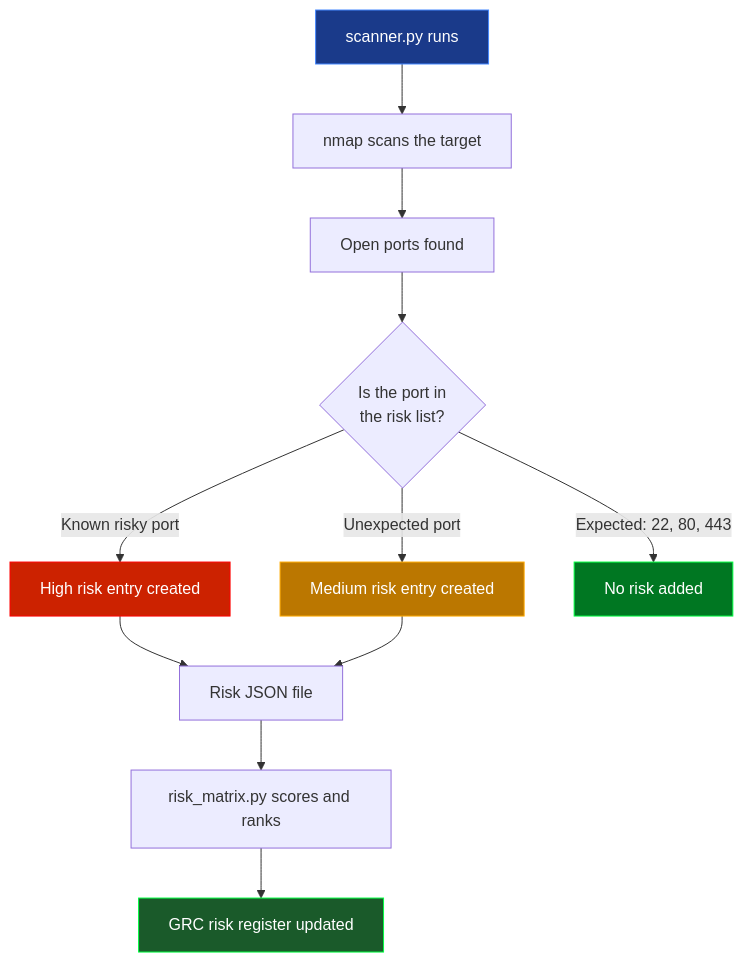
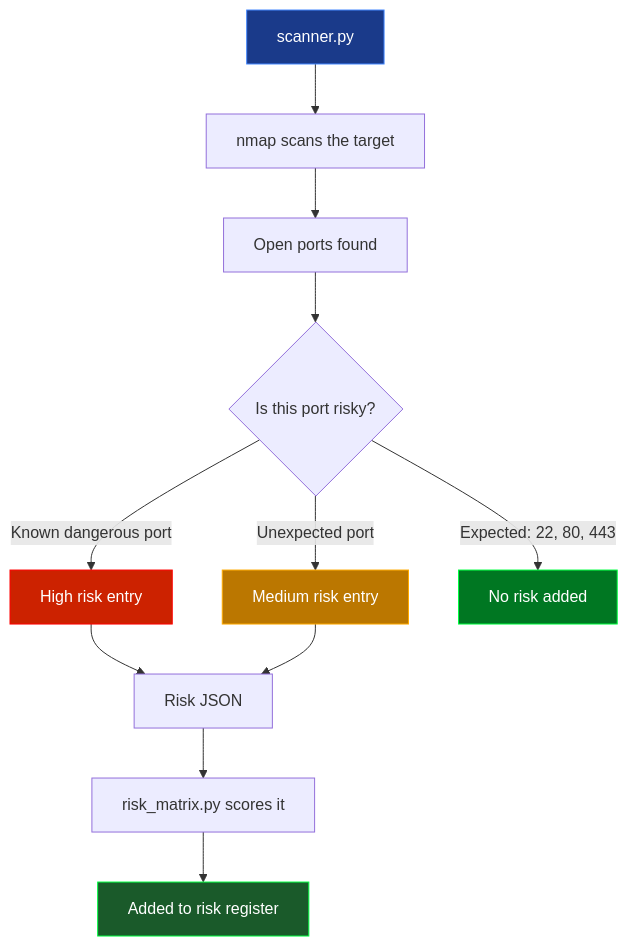
One commit to Speed-boo3/grc-project changed the third of 5 diagrams in README.md. Above: the diagram before and after it, drawn with Mermaid. The commit also changed other lines of this file, not shown here.

````diff
--- a/README.md
+++ b/README.md
@@ -188,18 +111,18 @@
 ```mermaid
 flowchart TD
-    A[scanner.py runs] --> B[nmap scans the target]
+    A[scanner.py] --> B[nmap scans the target]
     B --> C[Open ports found]
-    C --> D{Is the port in\nthe risk list?}
-    D -->|Known risky port| E[High risk entry created]
-    D -->|Unexpected port| F[Medium risk entry created]
+    C --> D{Is this port risky?}
+    D -->|Known dangerous port| E[High risk entry]
+    D -->|Unexpected port| F[Medium risk entry]
     D -->|Expected: 22, 80, 443| G[No risk added]
-    E & F --> H[Risk JSON file]
-    H --> I[risk_matrix.py scores and ranks]
-    I --> J[GRC risk register updated]
+    E & F --> H[Risk JSON]
+    H --> I[risk_matrix.py scores it]
+    I --> J[Added to risk register]
 
     style E fill:#cc2200,stroke:#ff0000,color:#ffffff
     style F fill:#bb7700,stroke:#ffaa00,color:#ffffff
     style G fill:#007722,stroke:#00ff41,color:#ffffff
     style A fill:#1a3a8a,stroke:#4488ff,color:#ffffff
     style J fill:#1a5a2a,stroke:#00ff41,color:#ffffff
 ```
````
